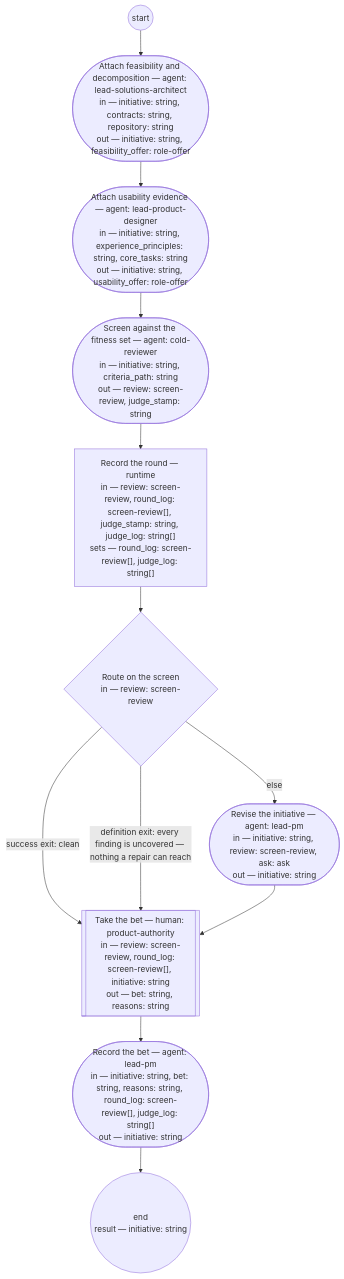
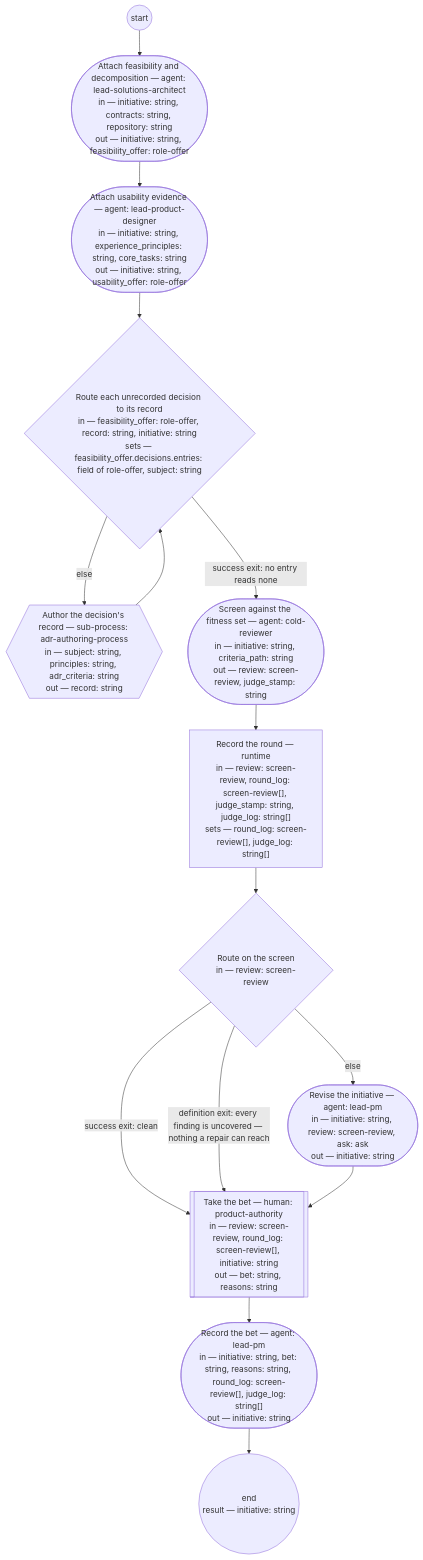
The diagram in .claude/skills/initiative-check/SKILL.md (dstengle/shopsystem-product), drawn with Mermaid before and after one commit. The commit also changed other lines of this file and 5 other files, not shown here.

````diff
--- a/.claude/skills/initiative-check/SKILL.md
+++ b/.claude/skills/initiative-check/SKILL.md
@@ -31,23 +33,28 @@
 ```mermaid
 flowchart TD
   attach_architecture(["Attach feasibility and decomposition — agent: lead-solutions-architect<br/>in — initiative: string, contracts: string, repository: string<br/>out — initiative: string, feasibility_offer: role-offer"])
   attach_usability(["Attach usability evidence — agent: lead-product-designer<br/>in — initiative: string, experience_principles: string, core_tasks: string<br/>out — initiative: string, usability_offer: role-offer"])
+  route_decisions{"Route each unrecorded decision to its record<br/>in — feasibility_offer: role-offer, record: string, initiative: string<br/>sets — feasibility_offer.decisions.entries: field of role-offer, subject: string"}
+  author_decision_record{{"Author the decision's record — sub-process: adr-authoring-process<br/>in — subject: string, principles: string, adr_criteria: string<br/>out — record: string"}}
   screen(["Screen against the fitness set — agent: cold-reviewer<br/>in — initiative: string, criteria_path: string<br/>out — review: screen-review, judge_stamp: string"])
   log_round["Record the round — runtime<br/>in — review: screen-review, round_log: screen-review[], judge_stamp: string, judge_log: string[]<br/>sets — round_log: screen-review[], judge_log: string[]"]
   route_screen{"Route on the screen<br/>in — review: screen-review"}
   revise(["Revise the initiative — agent: lead-pm<br/>in — initiative: string, review: screen-review, ask: ask<br/>out — initiative: string"])
   decide[["Take the bet — human: product-authority<br/>in — review: screen-review, round_log: screen-review[], initiative: string<br/>out — bet: string, reasons: string"]]
   record(["Record the bet — agent: lead-pm<br/>in — initiative: string, bet: string, reasons: string, round_log: screen-review[], judge_log: string[]<br/>out — initiative: string"])
   __end(("end<br/>result — initiative: string"))
   __start(("start")) --> attach_architecture
   attach_architecture --> attach_usability
-  attach_usability --> screen
+  attach_usability --> route_decisions
+  route_decisions -->|success exit: no entry reads none| screen
+  route_decisions -->|else| author_decision_record
+  author_decision_record --> route_decisions
   screen --> log_round
   log_round --> route_screen
   route_screen -->|success exit: clean| decide
   route_screen -->|definition exit: every finding is uncovered — nothing a repair can reach| decide
   route_screen -->|else| revise
   revise --> decide
   decide --> record
   record --> __end
 ```
````
